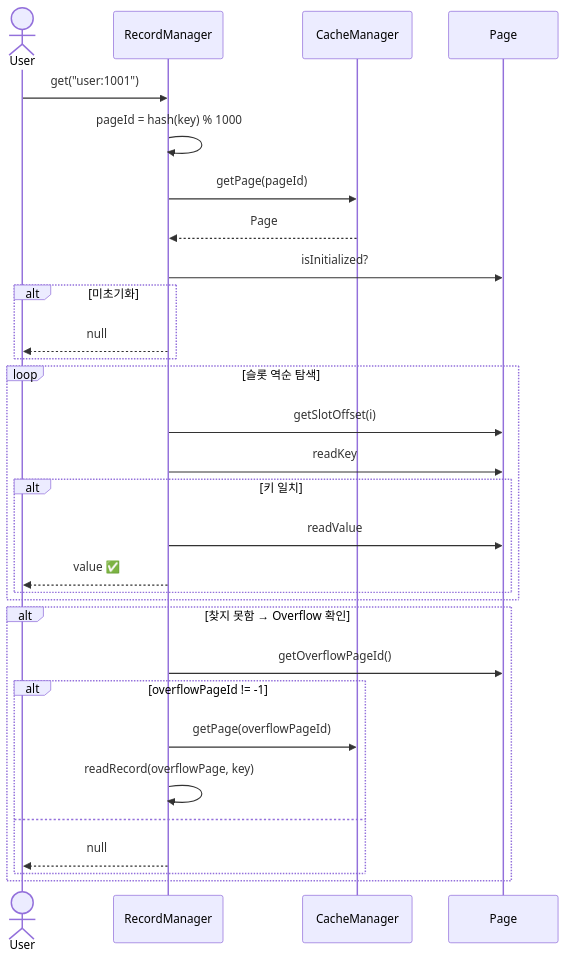
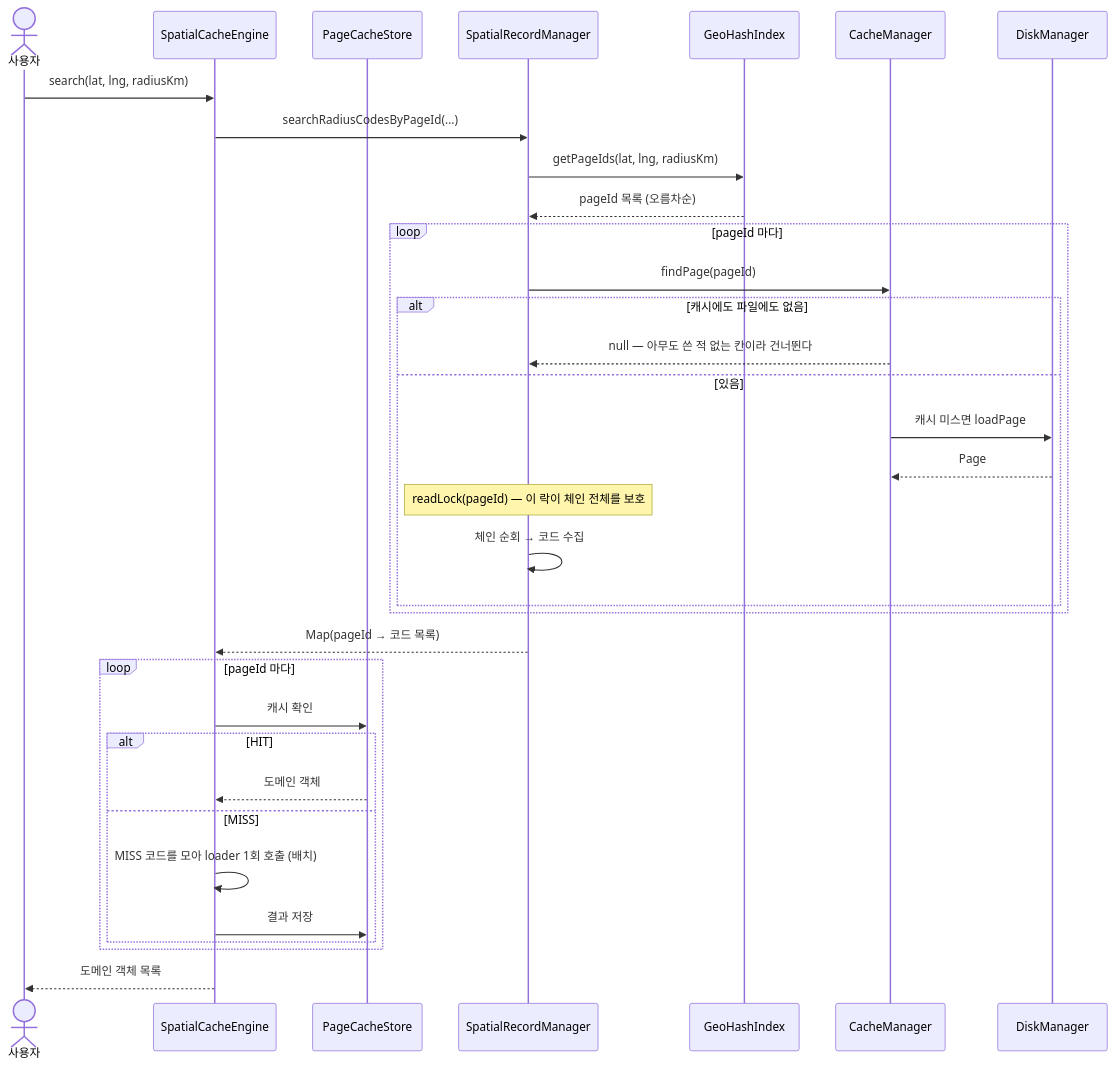
One commit to YOUHEETAE/java-disk-kv-engine changed the fourth of 7 diagrams in docs/ARCHITECTURE.md. Above: the diagram before and after it, drawn with Mermaid. The commit also changed other lines of this file, not shown here.

First line of the commit message:
docs(architecture): redraw diagrams to match the current engine

````diff
--- a/docs/ARCHITECTURE.md
+++ b/docs/ARCHITECTURE.md
@@ -162,36 +179,39 @@
 ```mermaid
 sequenceDiagram
-    actor User
-    participant RM as RecordManager
+    actor U as 사용자
+    participant SCE as SpatialCacheEngine
+    participant PCS as PageCacheStore
+    participant SRM as SpatialRecordManager
+    participant IDX as GeoHashIndex
     participant CM as CacheManager
-    participant PG as Page
+    participant DM as DiskManager
 
-    User->>RM: get("user:1001")
-    RM->>RM: pageId = hash(key) % 1000
-    RM->>CM: getPage(pageId)
-    CM-->>RM: Page
+    U->>SCE: search(lat, lng, radiusKm)
+    SCE->>SRM: searchRadiusCodesByPageId(...)
+    SRM->>IDX: getPageIds(lat, lng, radiusKm)
+    IDX-->>SRM: pageId 목록 (오름차순)
 
-    RM->>PG: isInitialized?
-    alt 미초기화
-        RM-->>User: null
-    end
-
-    loop 슬롯 역순 탐색
-        RM->>PG: getSlotOffset(i)
-        RM->>PG: readKey
-        alt 키 일치
-            RM->>PG: readValue
-            RM-->>User: value ✅
+    loop pageId 마다
+        SRM->>CM: findPage(pageId)
+        alt 캐시에도 파일에도 없음
+            CM-->>SRM: null — 아무도 쓴 적 없는 칸이라 건너뛴다
+        else 있음
+            CM->>DM: 캐시 미스면 loadPage
+            DM-->>CM: Page
+            Note over SRM: readLock(pageId) — 이 락이 체인 전체를 보호
+            SRM->>SRM: 체인 순회 → 코드 수집
         end
     end
+    SRM-->>SCE: Map(pageId → 코드 목록)
 
-    alt 찾지 못함 → Overflow 확인
-        RM->>PG: getOverflowPageId()
-        alt overflowPageId != -1
-            RM->>CM: getPage(overflowPageId)
-            RM->>RM: readRecord(overflowPage, key)
-        else
-            RM-->>User: null
+    loop pageId 마다
+        SCE->>PCS: 캐시 확인
+        alt HIT
+            PCS-->>SCE: 도메인 객체
+        else MISS
+            SCE->>SCE: MISS 코드를 모아 loader 1회 호출 (배치)
+            SCE->>PCS: 결과 저장
         end
     end
+    SCE-->>U: 도메인 객체 목록
 ```
````
